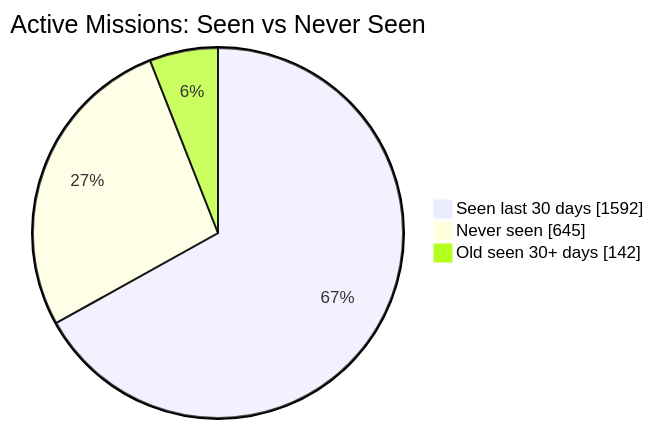
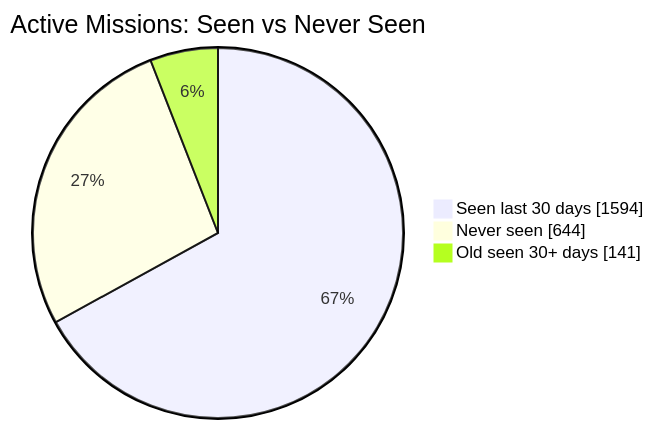
One commit to MeldkamerspelGameTeam/active-missions changed the first of 2 diagrams in README.md. Above: the diagram before and after it, drawn with Mermaid. The commit also changed other lines of this file and 3 other files, not shown here.

````diff
--- a/README.md
+++ b/README.md
@@ -34,7 +34,7 @@
 ```mermaid
 pie showData
     title Active Missions: Seen vs Never Seen
-    "Seen last 30 days" : 1592
-    "Never seen" : 645
-    "Old seen 30+ days" : 142
+    "Seen last 30 days" : 1594
+    "Never seen" : 644
+    "Old seen 30+ days" : 141
 ```
````
